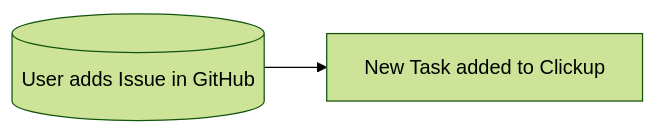
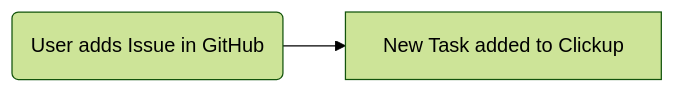
One commit to chingu-x/minervabot changed the first of 2 diagrams in README.md. Above: the diagram before and after it, drawn with Mermaid (forest theme). The commit also changed other lines of this file, not shown here.

Commit message:
Feature: Add operation diagram

````diff
--- a/README.md
+++ b/README.md
@@ -41,4 +41,4 @@
 ```mermaid
 graph LR
-    A[("User adds Issue in GitHub")] --> B["New Task added to Clickup"]
+    A("User adds Issue in GitHub") --> B["New Task added to Clickup"]
 ```
````
